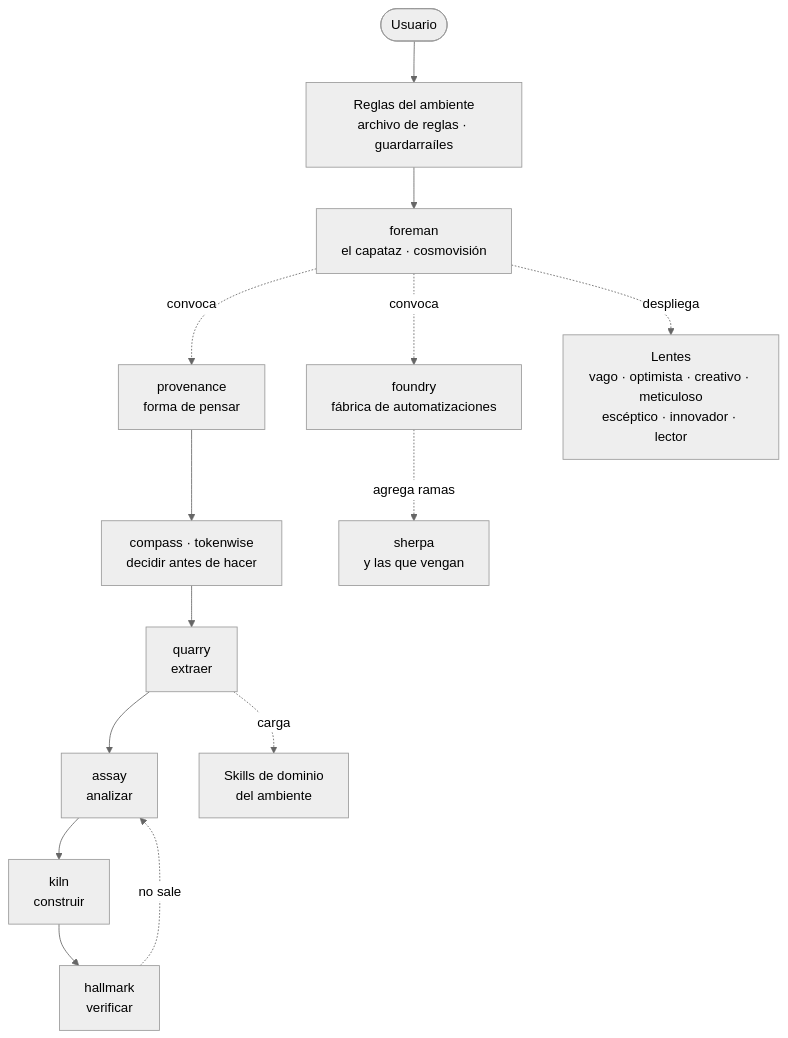
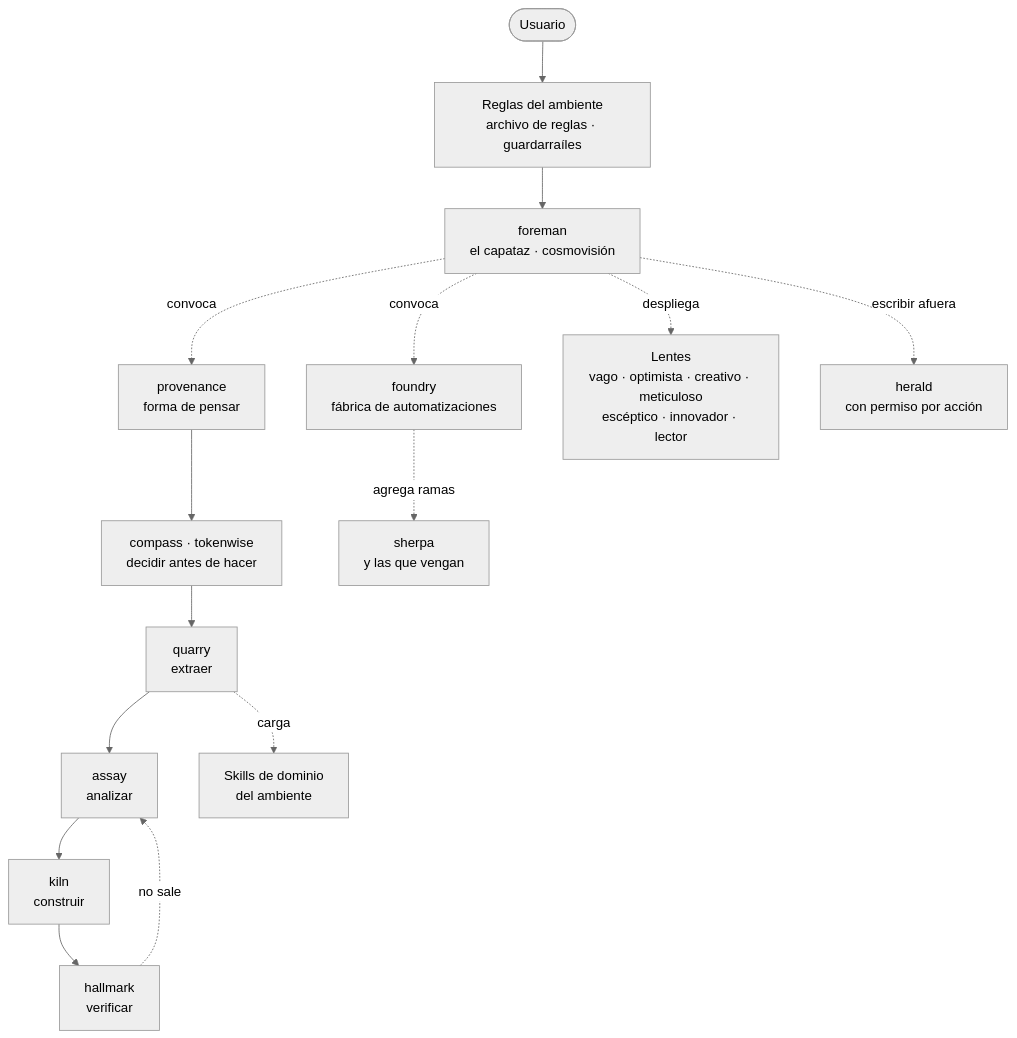
Before and after one commit to joacom369/guild: the first of 2 diagrams in README.md, drawn with Mermaid (neutral theme). The commit also changed other lines of this file and 2 other files, not shown here.

First line of the commit message:
herald en el diagrama del README; el registro de automatizaciones se muda al ambiente

````diff
--- a/README.md
+++ b/README.md
@@ -20,13 +20,14 @@
 ```mermaid
 flowchart TD
   U([Usuario]) --> R[Reglas del ambiente<br/>archivo de reglas · guardarraíles]
   R --> F[foreman<br/>el capataz · cosmovisión]
   F -. convoca .-> P[provenance<br/>forma de pensar]
   F -. convoca .-> FO[foundry<br/>fábrica de automatizaciones]
   F -. despliega .-> L[Lentes<br/>vago · optimista · creativo · meticuloso<br/>escéptico · innovador · lector]
   P --> D[compass · tokenwise<br/>decidir antes de hacer]
   D --> Q[quarry<br/>extraer] --> A[assay<br/>analizar] --> K[kiln<br/>construir] --> H[hallmark<br/>verificar]
   H -. no sale .-> A
   Q -. carga .-> DOM[Skills de dominio<br/>del ambiente]
   FO -. agrega ramas .-> S[sherpa<br/>y las que vengan]
+  F -. escribir afuera .-> HE[herald<br/>con permiso por acción]
 ```
````
